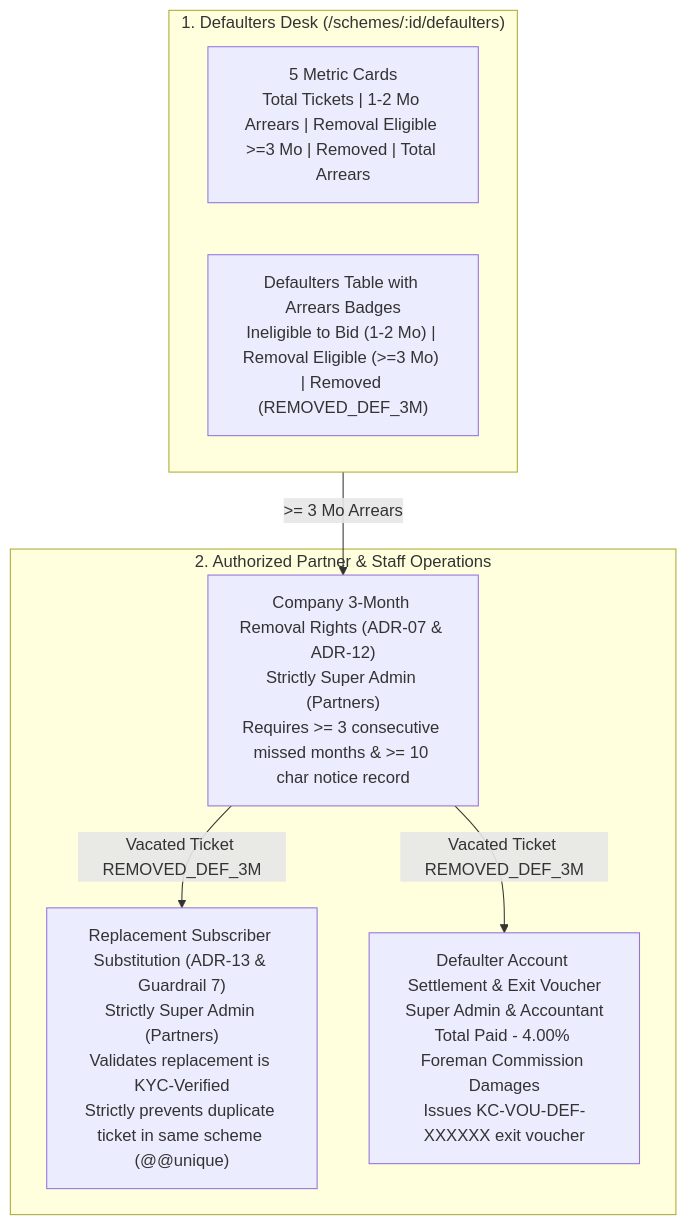
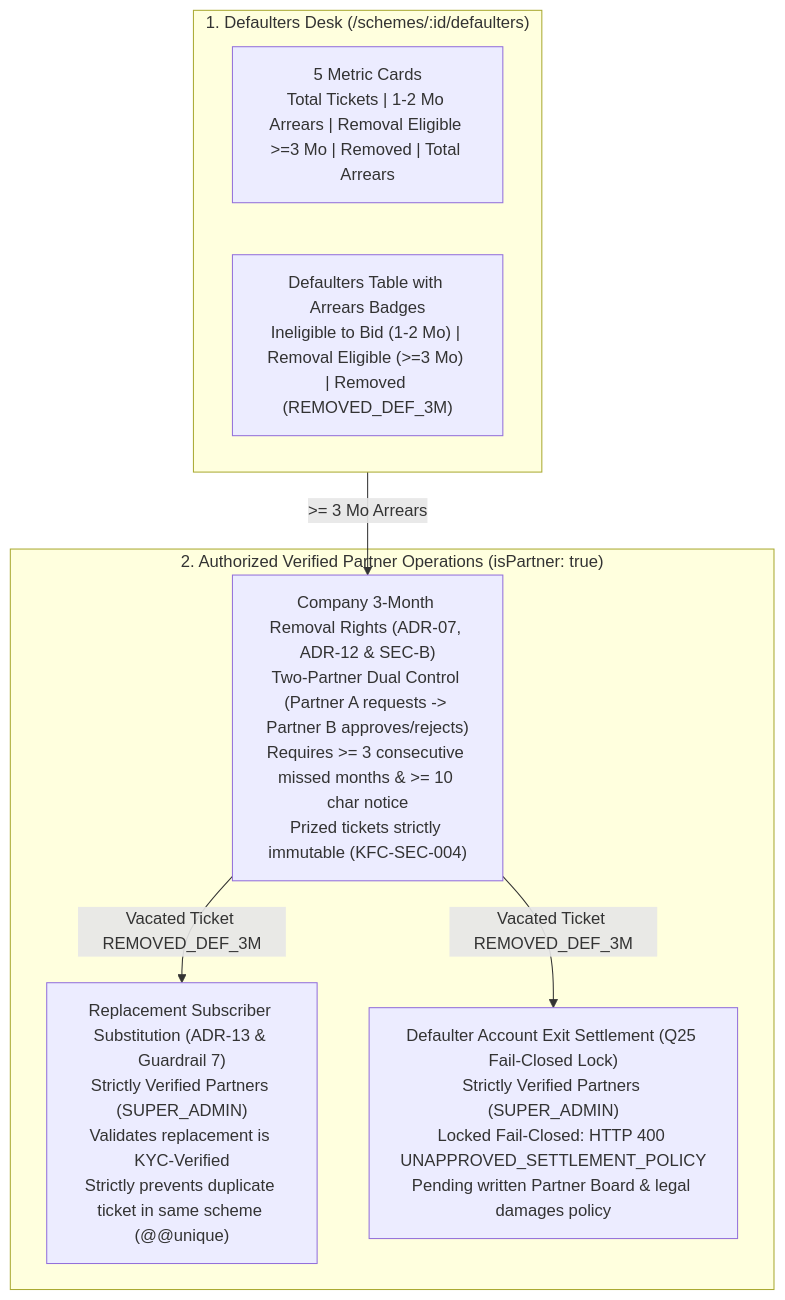
Before and after one commit to Kathir-24/Kumaran-finance: the diagram in docs/web/defaulter-substitution-desk.md, drawn with Mermaid. The commit also changed other lines of this file and 4 other files, not shown here.

````diff
--- a/docs/web/defaulter-substitution-desk.md
+++ b/docs/web/defaulter-substitution-desk.md
@@ -16,17 +16,17 @@
 ```mermaid
 flowchart TD
     subgraph DefaultersDesk["1. Defaulters Desk (/schemes/:id/defaulters)"]
         Metrics["5 Metric Cards\nTotal Tickets | 1-2 Mo Arrears | Removal Eligible >=3 Mo | Removed | Total Arrears"]
         Table["Defaulters Table with Arrears Badges\nIneligible to Bid (1-2 Mo) | Removal Eligible (>=3 Mo) | Removed (REMOVED_DEF_3M)"]
     end
 
-    subgraph Actions["2. Authorized Partner & Staff Operations"]
-        Remove["Company 3-Month Removal Rights (ADR-07 & ADR-12)\nStrictly Super Admin (Partners)\nRequires >= 3 consecutive missed months & >= 10 char notice record"]
-        Substitute["Replacement Subscriber Substitution (ADR-13 & Guardrail 7)\nStrictly Super Admin (Partners)\nValidates replacement is KYC-Verified\nStrictly prevents duplicate ticket in same scheme (@@unique)"]
-        Settle["Defaulter Account Settlement & Exit Voucher\nSuper Admin & Accountant\nTotal Paid - 4.00% Foreman Commission Damages\nIssues KC-VOU-DEF-XXXXXX exit voucher"]
+    subgraph Actions["2. Authorized Verified Partner Operations (isPartner: true)"]
+        Remove["Company 3-Month Removal Rights (ADR-07, ADR-12 & SEC-B)\nTwo-Partner Dual Control (Partner A requests -> Partner B approves/rejects)\nRequires >= 3 consecutive missed months & >= 10 char notice\nPrized tickets strictly immutable (KFC-SEC-004)"]
+        Substitute["Replacement Subscriber Substitution (ADR-13 & Guardrail 7)\nStrictly Verified Partners (SUPER_ADMIN)\nValidates replacement is KYC-Verified\nStrictly prevents duplicate ticket in same scheme (@@unique)"]
+        Settle["Defaulter Account Exit Settlement (Q25 Fail-Closed Lock)\nStrictly Verified Partners (SUPER_ADMIN)\nLocked Fail-Closed: HTTP 400 UNAPPROVED_SETTLEMENT_POLICY\nPending written Partner Board & legal damages policy"]
     end
 
     DefaultersDesk -->|>= 3 Mo Arrears| Remove
     Remove -->|Vacated Ticket REMOVED_DEF_3M| Substitute
     Remove -->|Vacated Ticket REMOVED_DEF_3M| Settle
 ```
````
